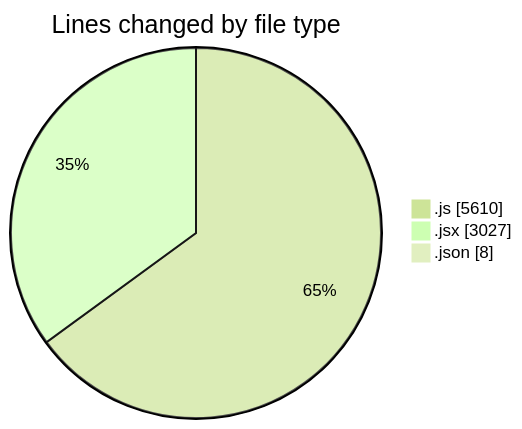
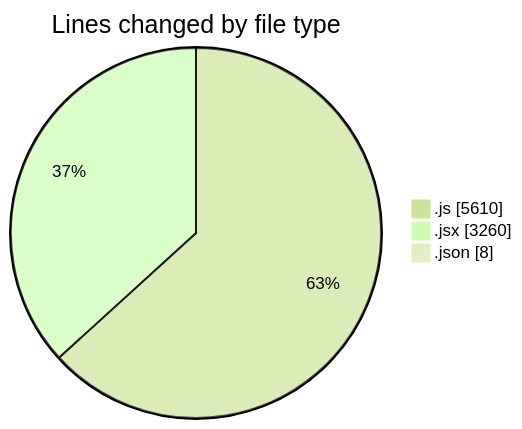
Before and after one commit to nxtqubesakshisongat/code-tracking: the first of 2 diagrams in 2025-07-23/nxtqube_webapp/README.md, drawn with Mermaid (forest theme). The commit also changed other lines of this file and 1 other file, not shown here.

````diff
--- a/2025-07-23/nxtqube_webapp/README.md
+++ b/2025-07-23/nxtqube_webapp/README.md
@@ -57,7 +58,7 @@
 ```mermaid
 pie showData
 title Lines changed by file type
 ".js" : 5610
-".jsx" : 3027
+".jsx" : 3260
 ".json" : 8
 ```
````
